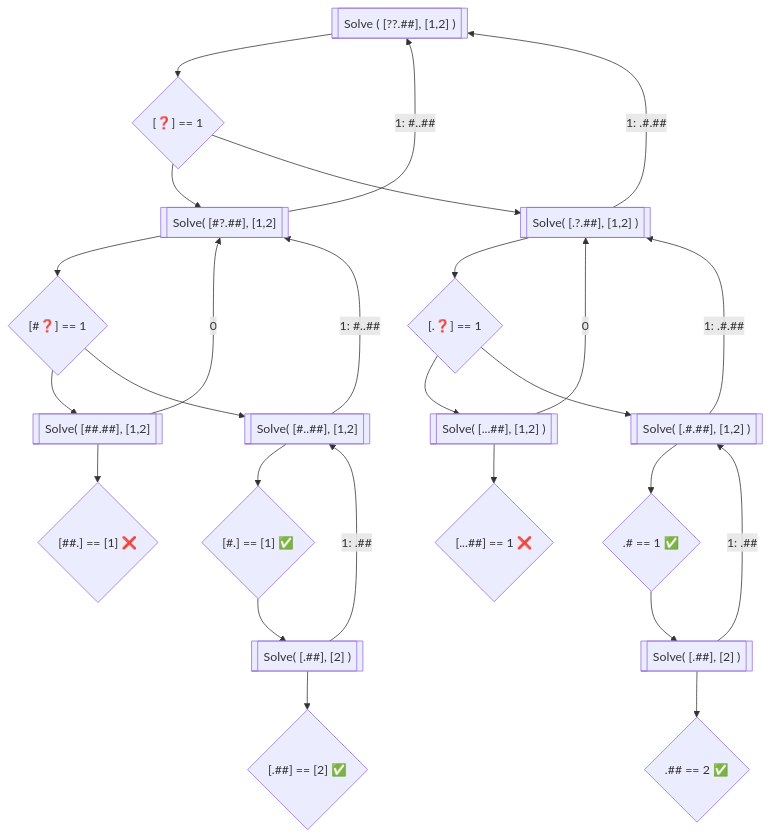
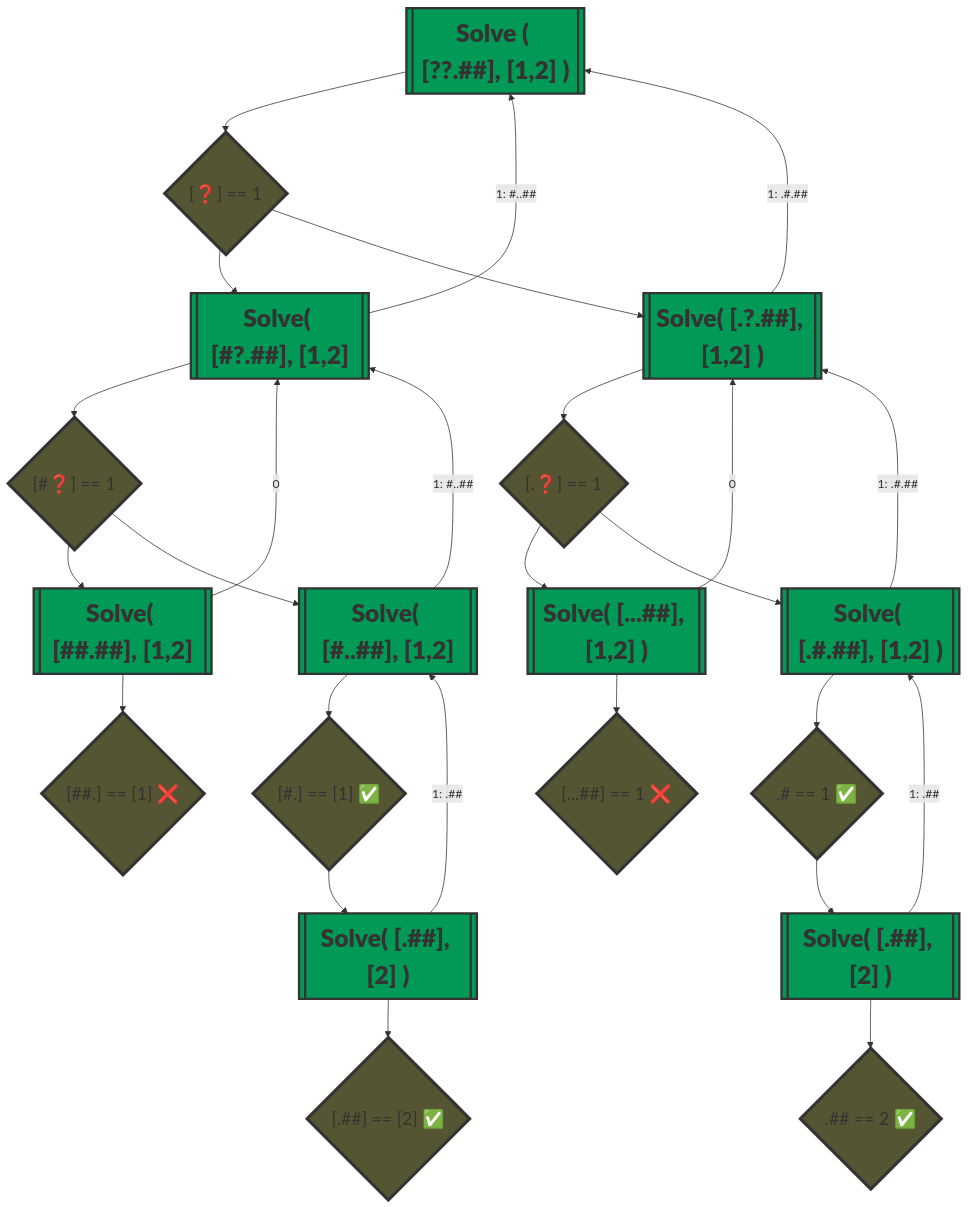
Before and after one commit to gvelim/advent2023: the diagram in src/bin/day12/README.md, drawn with Mermaid.

Commit message:
Day 12 - doc styling

````diff
--- a/src/bin/day12/README.md
+++ b/src/bin/day12/README.md
@@ -120,23 +120,28 @@
 ```mermaid
 graph TD
     A[["Solve ( [??.##], [1,2] )"]] --> B{"[❓] == 1"}
     B --> C[["Solve( [#?.##], [1,2]"]] 
         C --> E{"[#❓] == 1"} 
             C -- "1: #..##" --> A
             E --> G[["Solve( [##.##], [1,2]"]] -- 0 --> C
                 G --> H{"[##.] == [1] ❌"}
             E --> F[["Solve( [#..##], [1,2]"]] -- "1: #..##" --> C
                 F --> F1 
                     F1{"[#.] == [1] ✅"} --> I
                         I[["Solve( [.##], [2] )"]] -- "1: .##" --> F
                         I --> IA{"[.##] == [2] ✅"}
     B --> D[["Solve( [.?.##], [1,2] )"]] -- "1: .#.##" --> A
         D --> J{"[.❓] == 1"}
             J --> L -- 0 --> D 
                 L[["Solve( [...##], [1,2] )"]] --> O
                 O{"[...##] == 1 ❌"}
             J --> K[["Solve( [.#.##], [1,2] )"]] -- "1: .#.##" --> D
                 K --> M{".# == 1 ✅"}
                     M --> P[["Solve( [.##], [2] )"]] -- "1: .##" --> K
                     P --> Q{".## == 2 ✅"}
+
+    classDef function fill:#095,stroke:#333,stroke-width:3px,font-size:32px,font-weight:bolder;
+    classDef decision fill:#553,stroke:#333,stroke-width:4px,font-size:23px;;
+    class A,C,D,G,F,L,K,P,I function
+    class B,E,H,J,O,F1,IA,M,Q decision
 ```
````
